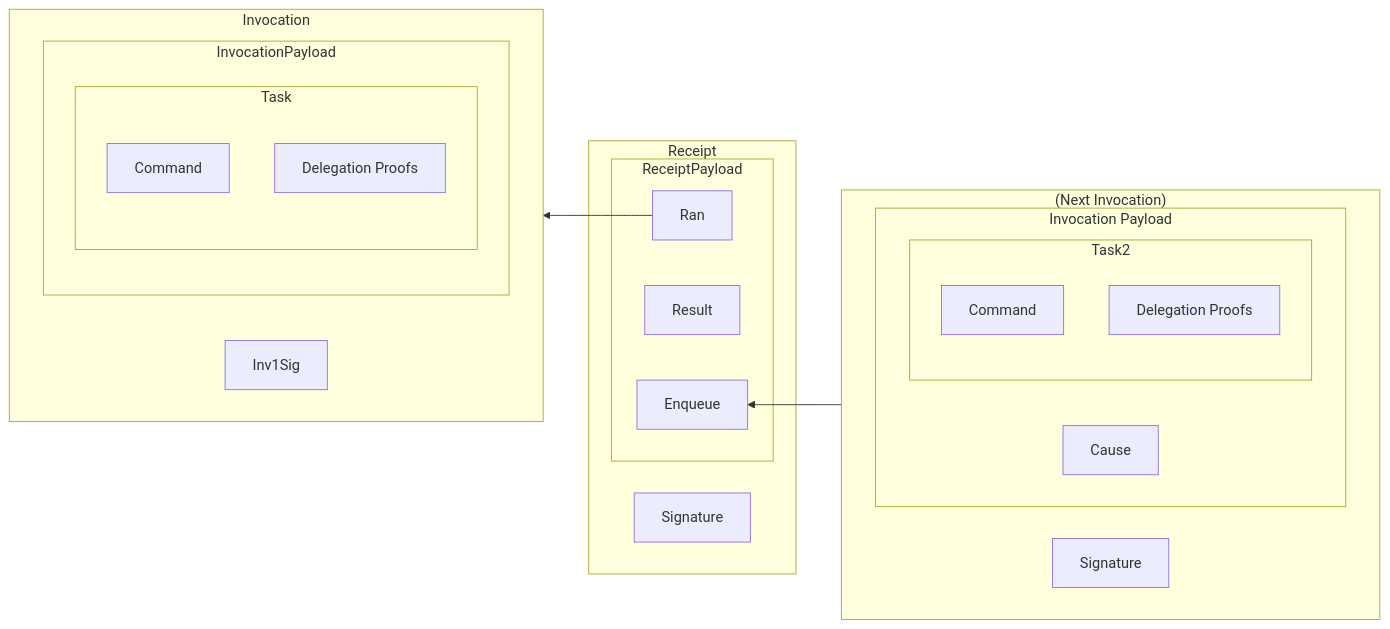
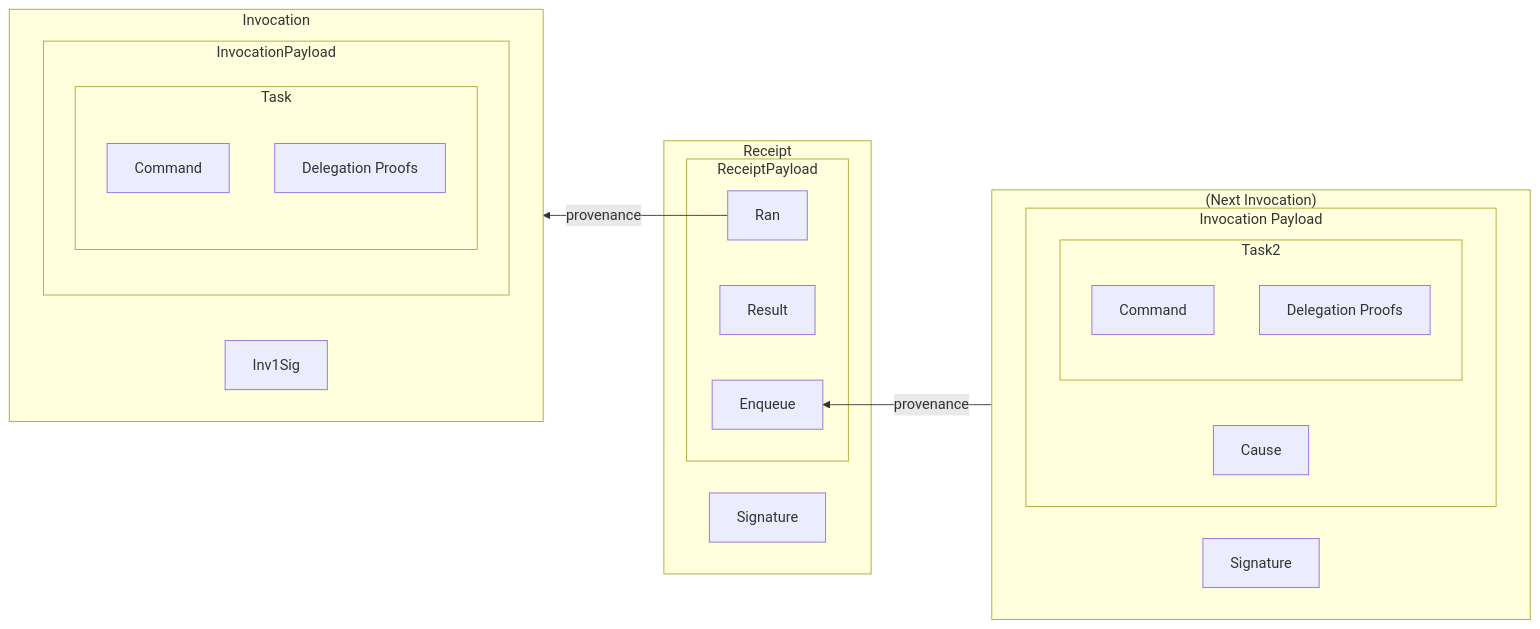
One commit to ucan-wg/invocation changed the third of 4 diagrams in README.md. Above: the diagram before and after it, drawn with Mermaid. The commit also changed other lines of this file, not shown here.

````diff
--- a/README.md
+++ b/README.md
@@ -161,44 +177,44 @@
 ``` mermaid
 flowchart RL
     subgraph Invocation
         direction LR
         subgraph InvocationPayload
             subgraph Task
                 direction TB
 
                 Command
                 DelegationProofs["Delegation Proofs"]
             end
         end
 
         Inv1Sig
     end
 
     subgraph Receipt
         subgraph ReceiptPayload
             Ran
             Result
             Enqueue
         end
 
         RecSig[Signature]
     end
 
     subgraph Invocation2["(Next Invocation)"]
         direction RL
 
         subgraph InvocationPayload2["Invocation Payload"]
             subgraph Task2
                 Command2["Command"]
                 DelegationProofs2["Delegation Proofs"]
             end
 
             Cause
         end
 
         Inv2Sig[Signature]
     end
 
-    Cause --> Enqueue
-    Ran   --> Invocation
+    Cause -->|provenance| Enqueue
+    Ran   -->|provenance| Invocation
 ```
````
